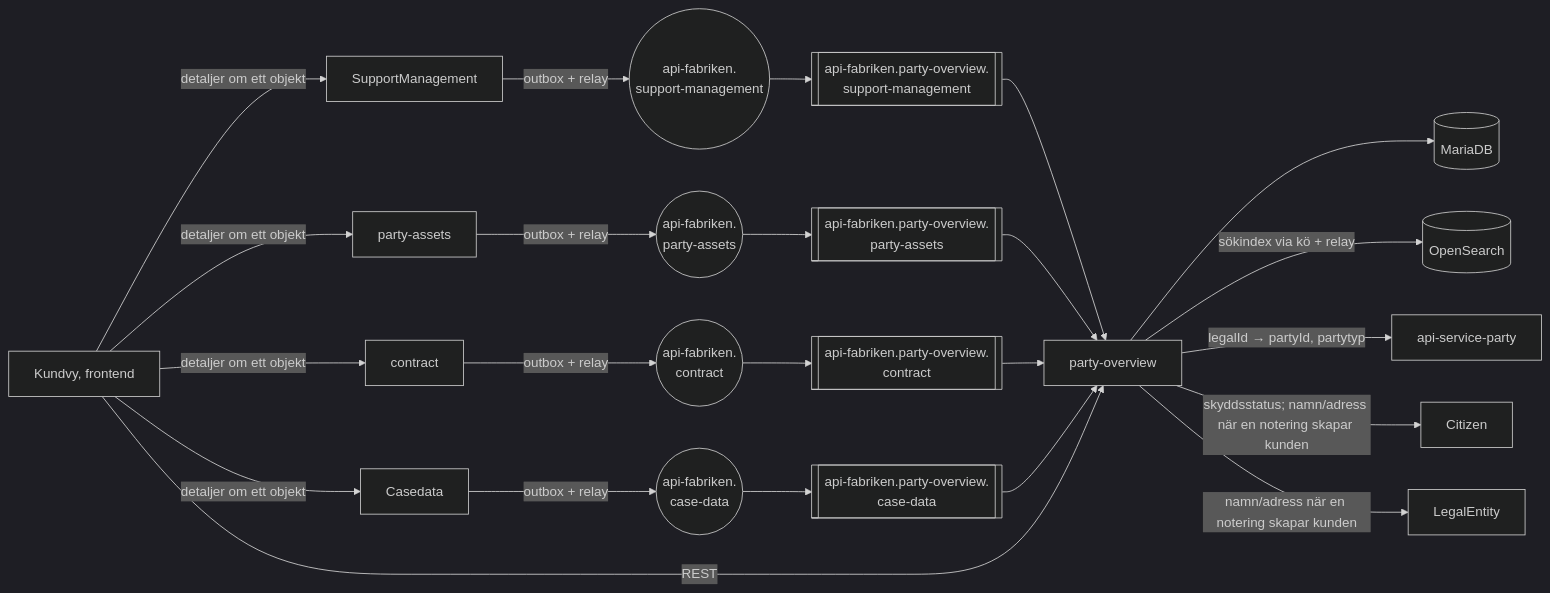
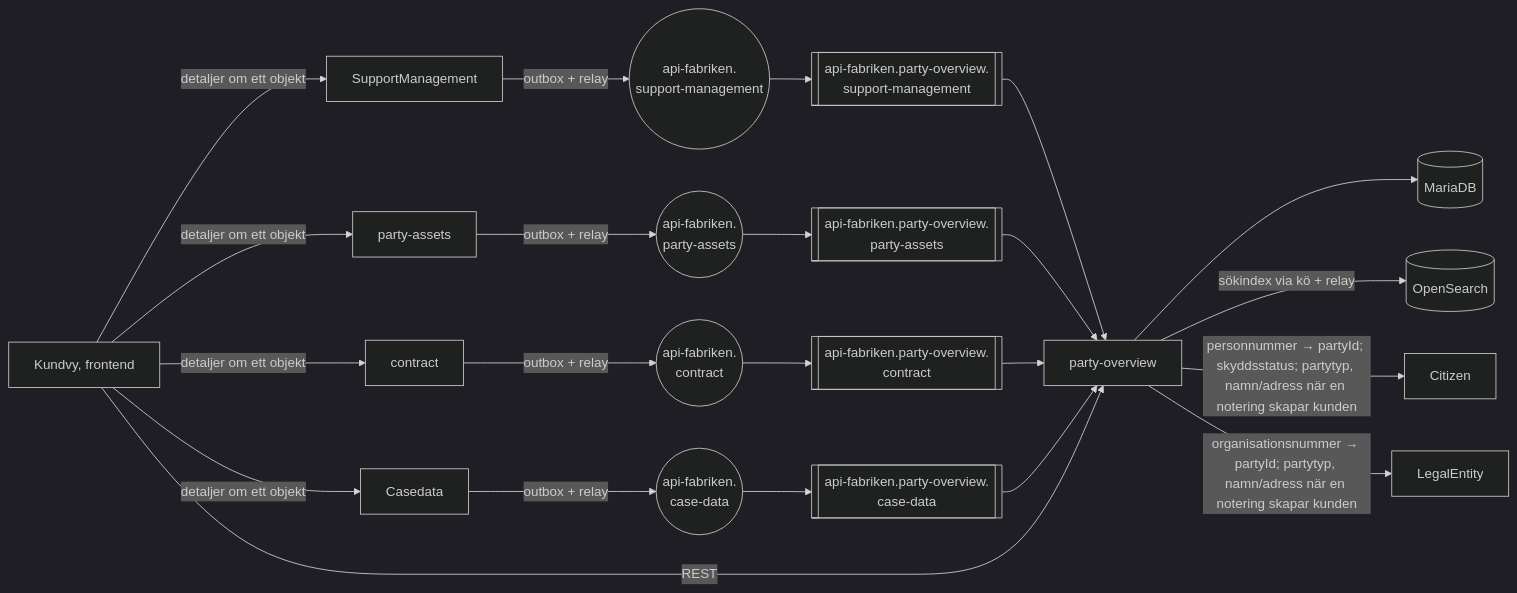
The diagram in docs/arkitektur/01-oversikt.md (Sundsvallskommun/api-service-party-overview), drawn with Mermaid (dark theme) before and after one commit. The commit also changed 15 other files, not shown here.

First line of the commit message:
Look partyIds up directly in Citizen and LegalEntity

````diff
--- a/docs/arkitektur/01-oversikt.md
+++ b/docs/arkitektur/01-oversikt.md
@@ -5,25 +5,24 @@
 ```mermaid
 flowchart LR
     SM[SupportManagement] -->|outbox + relay| EXSM((api-fabriken.<br/>support-management))
     PA[party-assets] -->|outbox + relay| EXPA((api-fabriken.<br/>party-assets))
     CT[contract] -->|outbox + relay| EXCT((api-fabriken.<br/>contract))
     CD[Casedata] -->|outbox + relay| EXCD((api-fabriken.<br/>case-data))
     EXSM --> QSM[[api-fabriken.party-overview.<br/>support-management]]
     EXPA --> QPA[[api-fabriken.party-overview.<br/>party-assets]]
     EXCT --> QCT[[api-fabriken.party-overview.<br/>contract]]
     EXCD --> QCD[[api-fabriken.party-overview.<br/>case-data]]
     QSM --> PO[party-overview]
     QPA --> PO
     QCT --> PO
     QCD --> PO
     PO --> DB[(MariaDB)]
     PO -->|sökindex via kö + relay| OS[(OpenSearch)]
-    PO -->|legalId → partyId, partytyp| PARTY[api-service-party]
-    PO -->|skyddsstatus; namn/adress när en notering skapar kunden| CIT[Citizen]
-    PO -->|namn/adress när en notering skapar kunden| LE[LegalEntity]
+    PO -->|personnummer → partyId; skyddsstatus; partytyp, namn/adress när en notering skapar kunden| CIT[Citizen]
+    PO -->|organisationsnummer → partyId; partytyp, namn/adress när en notering skapar kunden| LE[LegalEntity]
     FE[Kundvy, frontend] -->|REST| PO
     FE -->|detaljer om ett objekt| SM
     FE -->|detaljer om ett objekt| PA
     FE -->|detaljer om ett objekt| CT
     FE -->|detaljer om ett objekt| CD
 ```
````
